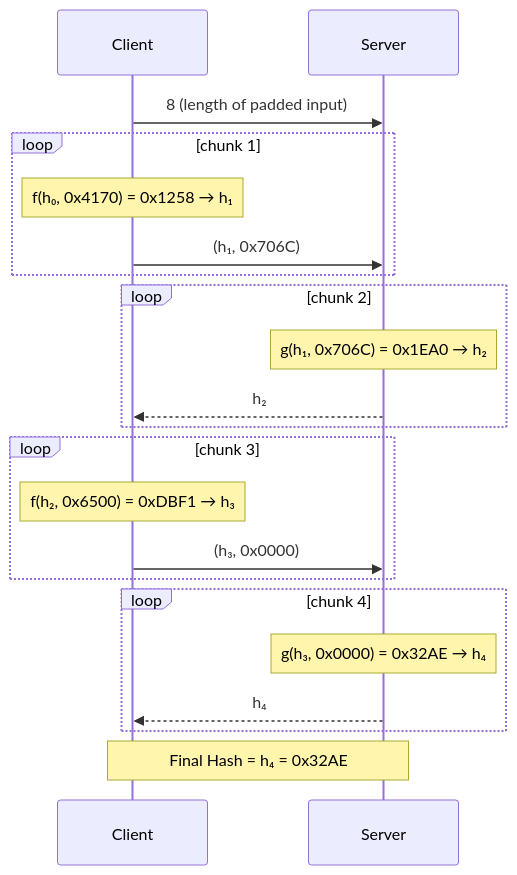
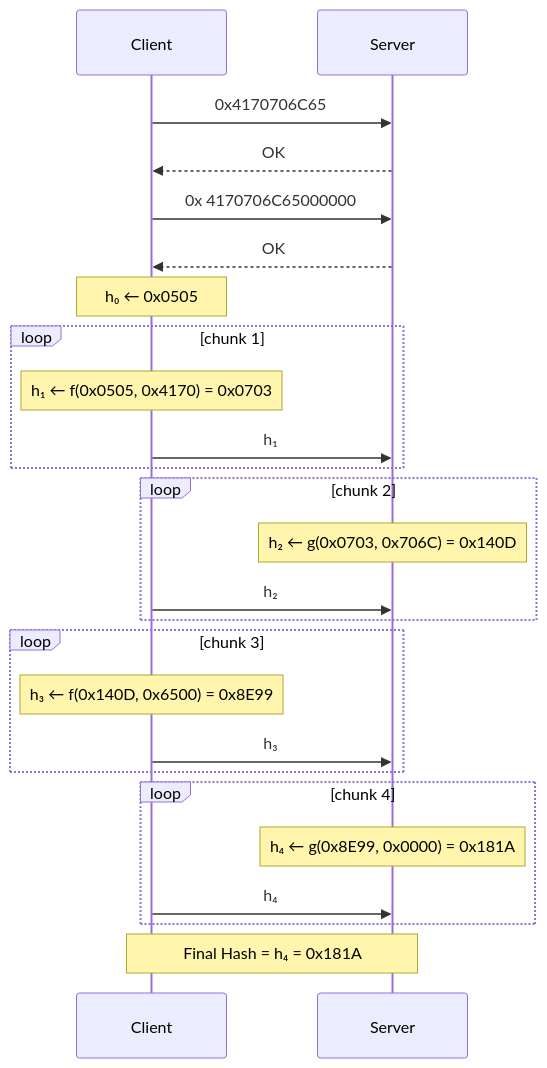
The second of 2 diagrams in docs/source/exercises/simple_hash.rst (PeanutButterRat/cryptoserve), drawn with Mermaid before and after one commit. The commit also changed other lines of this file and 9 other files, not shown here.

```diff
--- a/docs/source/exercises/simple_hash.rst
+++ b/docs/source/exercises/simple_hash.rst
@@ -145,29 +154,35 @@
 .. mermaid::
 
    sequenceDiagram
       participant Client
       participant Server
 
-      Client->>Server: 8 (length of padded input)
+      Client->>Server: 0x4170706C65
+      Server-->>Client: OK
+
+      Client->>Server: 0x 4170706C65000000
+      Server-->>Client: OK
+
+      Note over Client: h₀ ← 0x0505
 
       loop chunk 1
-         Note over Client: f(h₀, 0x4170) = 0x1258 → h₁
-         Client->>Server: (h₁, 0x706C)
+         Note over Client: h₁ ← f(0x0505, 0x4170) = 0x0703
+         Client->>Server: h₁
       end
 
       loop chunk 2
-         Note over Server: g(h₁, 0x706C) = 0x1EA0 → h₂
-         Server-->>Client: h₂
+         Note over Server: h₂ ← g(0x0703, 0x706C) = 0x140D
+         Client->>Server: h₂
       end
 
       loop chunk 3
-         Note over Client: f(h₂, 0x6500) = 0xDBF1 → h₃
-         Client->>Server: (h₃, 0x0000)
+         Note over Client: h₃ ← f(0x140D, 0x6500) = 0x8E99
+         Client->>Server: h₃
       end
 
       loop chunk 4
-         Note over Server: g(h₃, 0x0000) = 0x32AE → h₄
-         Server-->>Client: h₄
+         Note over Server: h₄ ← g(0x8E99, 0x0000) = 0x181A
+         Client->>Server: h₄
       end
 
-      Note over Client, Server: Final Hash = h₄ = 0x32AE
+      Note over Client, Server: Final Hash = h₄ = 0x181A
```
